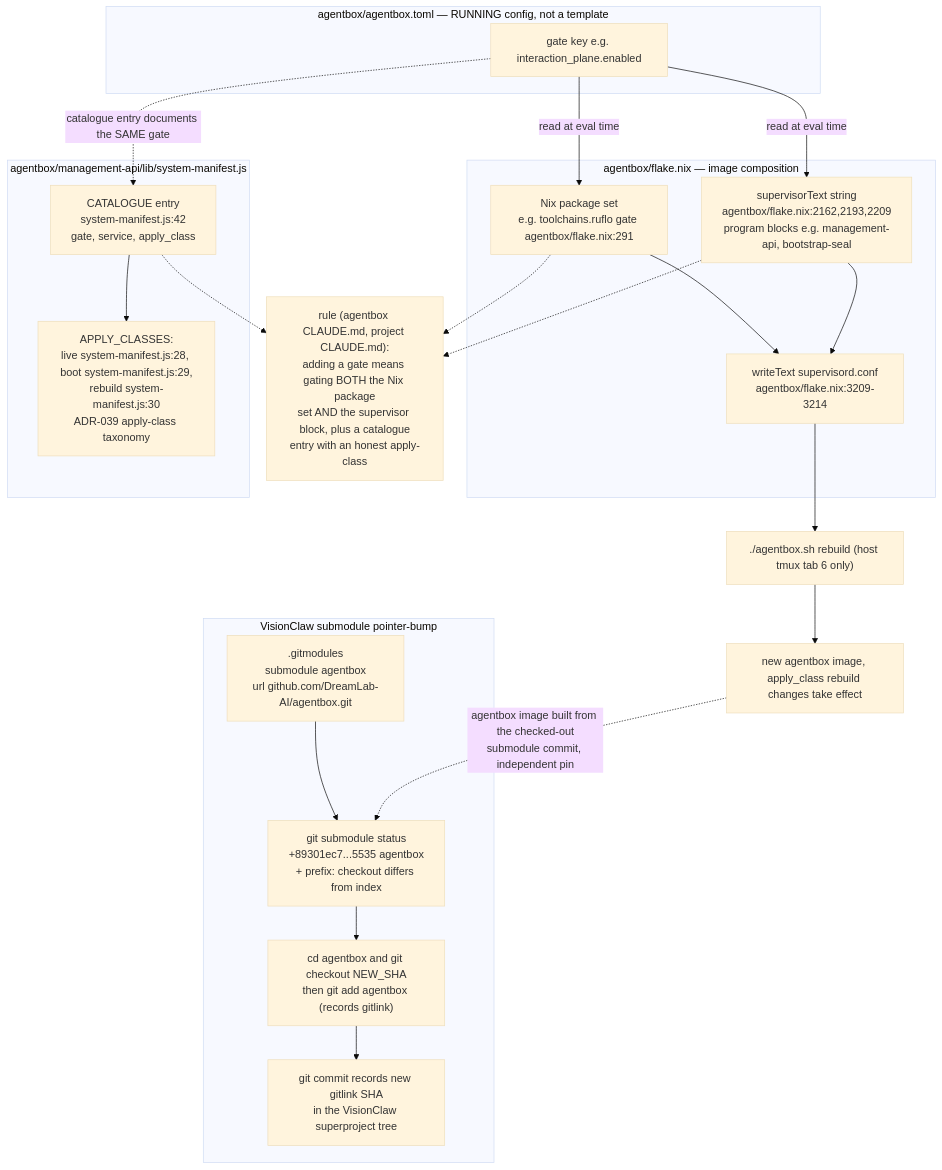
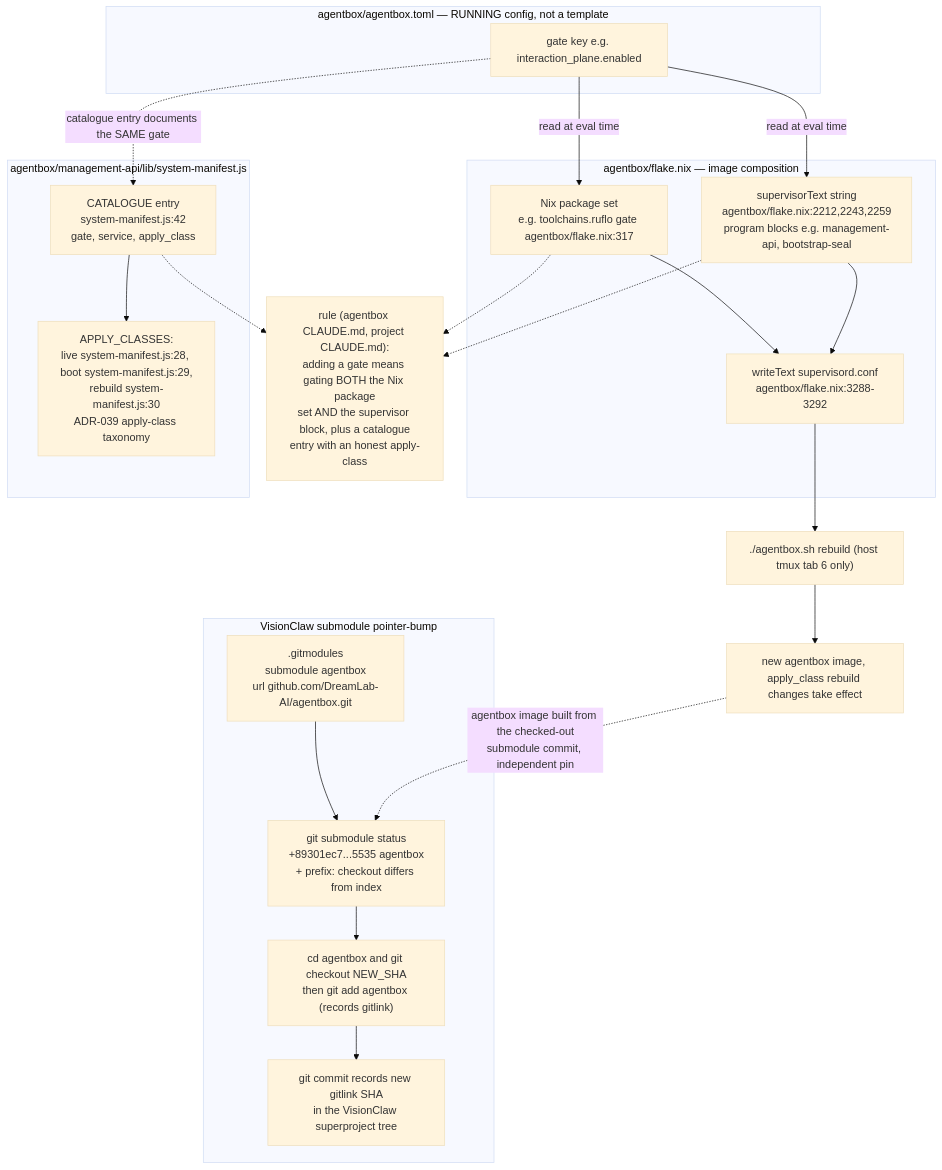
One commit to DreamLab-AI/VisionFlow changed the tenth of 23 diagrams in docs/diagrams/estate/09-build-deploy-and-ci-estate.md. Above: the diagram before and after it, drawn with Mermaid (base theme). The commit also changed other lines of this file and 136 other files, not shown here.

First line of the commit message:
docs(diagrams): refresh the whole corpus to code HEAD and prune low-value diagrams

````diff
--- a/docs/diagrams/estate/09-build-deploy-and-ci-estate.md
+++ b/docs/diagrams/estate/09-build-deploy-and-ci-estate.md
@@ -347,42 +344,42 @@
 ```mermaid
 flowchart TB
     subgraph FLAKE["agentbox/flake.nix — image composition"]
-        NIXPKG["Nix package set<br/>e.g. toolchains.ruflo gate agentbox/flake.nix:291"]
-        SUPTEXT["supervisorText string<br/>agentbox/flake.nix:2162,2193,2209<br/>program blocks e.g. management-api, bootstrap-seal"]
-        SUPWRITE["writeText supervisord.conf<br/>agentbox/flake.nix:3209-3214"]
+        NIXPKG["Nix package set<br/>e.g. toolchains.ruflo gate agentbox/flake.nix:317"]
+        SUPTEXT["supervisorText string<br/>agentbox/flake.nix:2212,2243,2259<br/>program blocks e.g. management-api, bootstrap-seal"]
+        SUPWRITE["writeText supervisord.conf<br/>agentbox/flake.nix:3288-3292"]
     end
     subgraph TOML["agentbox/agentbox.toml — RUNNING config, not a template"]
         GATEKEY["gate key e.g. interaction_plane.enabled"]
     end
     subgraph MANIFEST["agentbox/management-api/lib/system-manifest.js"]
         CATALOGUE["CATALOGUE entry<br/>system-manifest.js:42<br/>gate, service, apply_class"]
         APPLYCLASS["APPLY_CLASSES:<br/>live system-manifest.js:28, boot system-manifest.js:29,<br/>rebuild system-manifest.js:30<br/>ADR-039 apply-class taxonomy"]
     end
 
     GATEKEY -->|"read at eval time"| NIXPKG
     GATEKEY -->|"read at eval time"| SUPTEXT
     NIXPKG --> SUPWRITE
     SUPTEXT --> SUPWRITE
     GATEKEY -.->|"catalogue entry documents the SAME gate"| CATALOGUE
     CATALOGUE --> APPLYCLASS
 
     RULE["rule (agentbox CLAUDE.md, project CLAUDE.md):<br/>adding a gate means gating BOTH the Nix package<br/>set AND the supervisor block, plus a catalogue<br/>entry with an honest apply-class"]
     NIXPKG -.-> RULE
     SUPTEXT -.-> RULE
     CATALOGUE -.-> RULE
 
     REBUILD["./agentbox.sh rebuild (host tmux tab 6 only)"]
     SUPWRITE --> REBUILD
     REBUILD --> IMAGE["new agentbox image, apply_class rebuild changes take effect"]
 
     subgraph SUBMOD["VisionClaw submodule pointer-bump"]
         GITMODULES[".gitmodules<br/>submodule agentbox<br/>url github.com/DreamLab-AI/agentbox.git"]
         SUBSTATUS["git submodule status<br/>+89301ec7...5535 agentbox<br/>+ prefix: checkout differs from index"]
         SUBUPDATE["cd agentbox and git checkout NEW_SHA<br/>then git add agentbox (records gitlink)"]
         SUBCOMMIT["git commit records new gitlink SHA<br/>in the VisionClaw superproject tree"]
     end
     GITMODULES --> SUBSTATUS
     SUBSTATUS --> SUBUPDATE
     SUBUPDATE --> SUBCOMMIT
     IMAGE -.->|"agentbox image built from the checked-out<br/>submodule commit, independent pin"| SUBSTATUS
 ```
````
